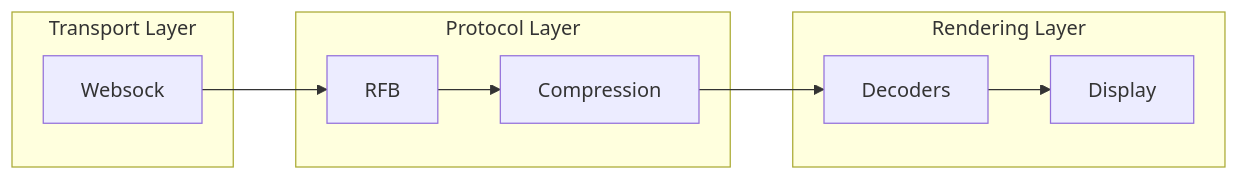
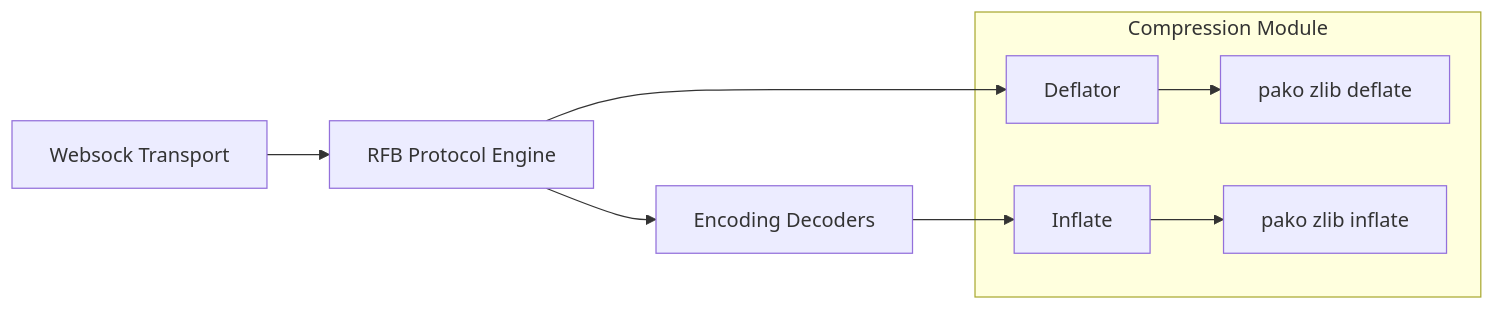
One commit to Ylianst/MeshCentral changed the first of 3 diagrams in docs/reference/architecture/compression/compression.md. Above: the diagram before and after it, drawn with Mermaid. The commit also changed other lines of this file and 642 other files, not shown here.

````diff
--- a/docs/reference/architecture/compression/compression.md
+++ b/docs/reference/architecture/compression/compression.md
@@ -18,21 +37,12 @@
 ```mermaid
 flowchart LR
-    Websock["Websock"] --> RFB["RFB"]
-    RFB --> Compression["Compression"]
-    Compression --> Decoders["Decoders"]
-    Decoders --> Display["Display"]
+    Websock["Websock Transport"] --> RFB["RFB Protocol Engine"]
+    RFB --> Decoders["Encoding Decoders"]
+    Decoders --> InflateClass["Inflate"]
+    RFB --> DeflatorClass["Deflator"]
 
-    subgraph transport_layer["Transport Layer"]
-        Websock
-    end
-
-    subgraph protocol_layer["Protocol Layer"]
-        RFB
-        Compression
-    end
-
-    subgraph rendering_layer["Rendering Layer"]
-        Decoders
-        Display
+    subgraph compression_layer["Compression Module"]
+        DeflatorClass --> ZlibDeflate["pako zlib deflate"]
+        InflateClass --> ZlibInflate["pako zlib inflate"]
     end
 ```
````
